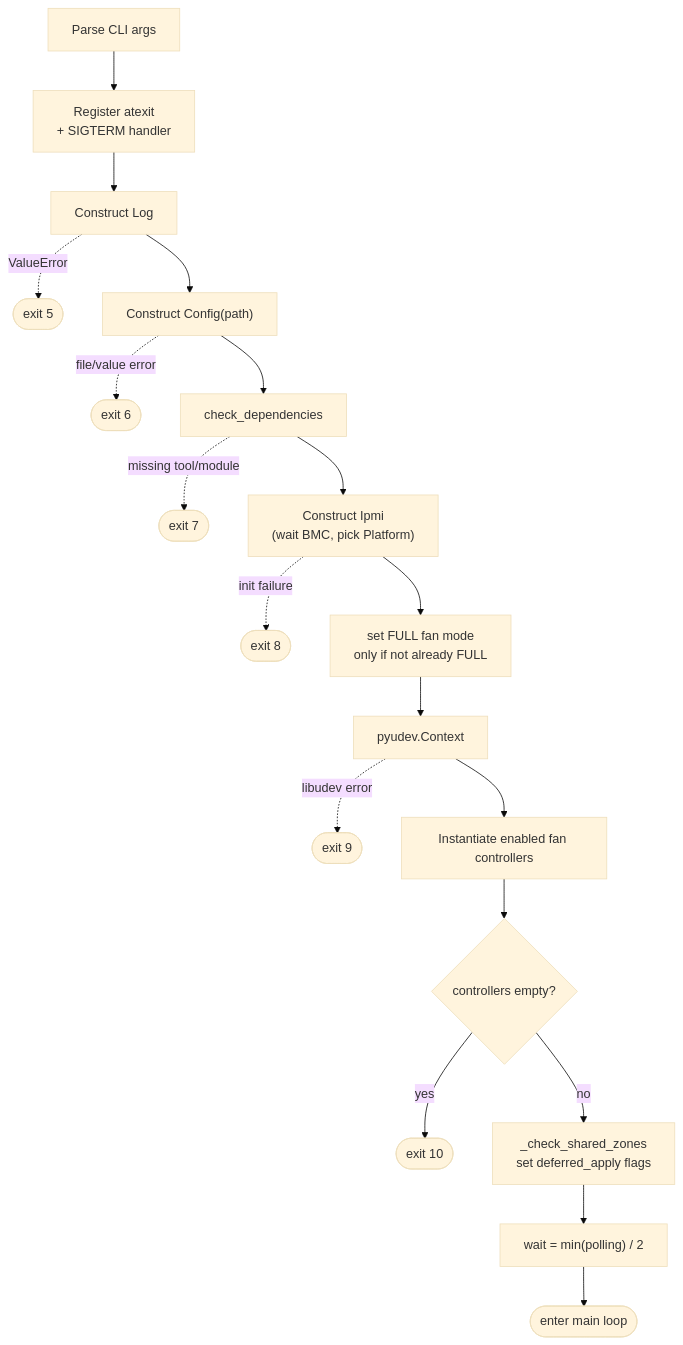
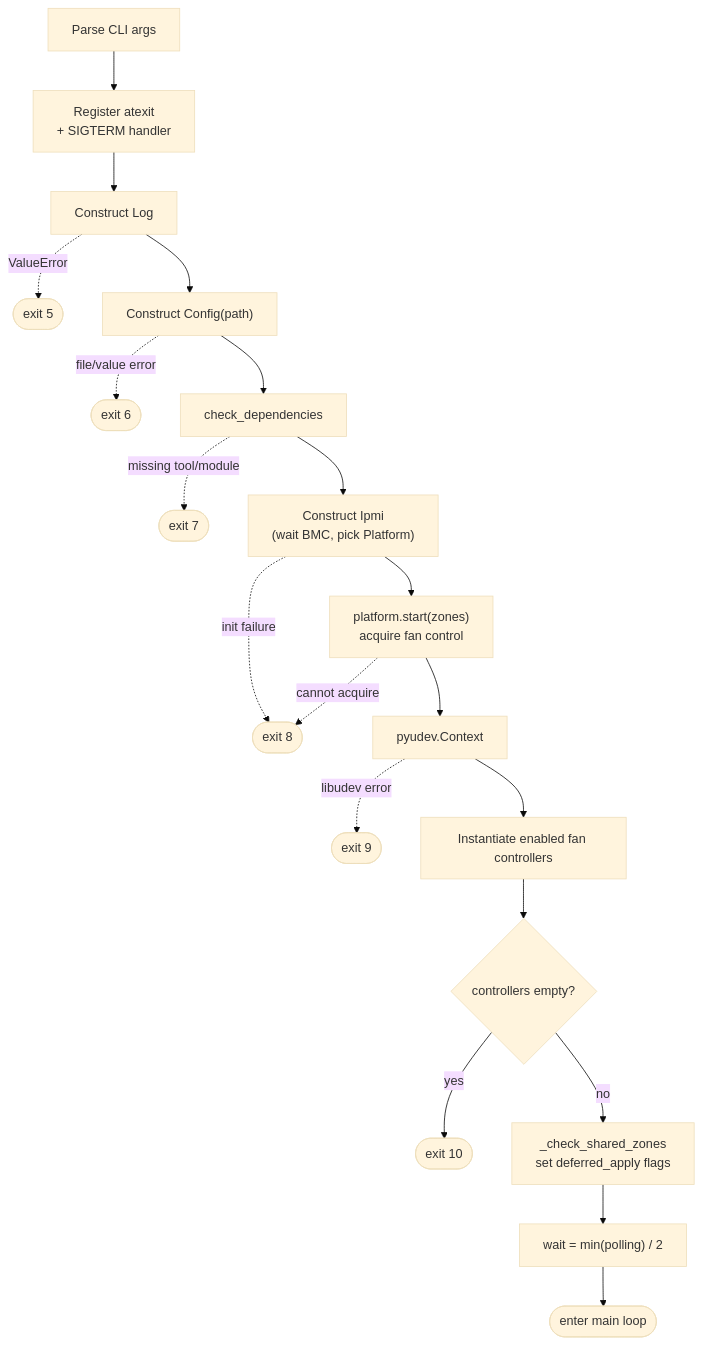
One commit to petersulyok/smfc changed the sixth of 11 diagrams in ARCHITECTURE.md. Above: the diagram before and after it, drawn with Mermaid (base theme). The commit also changed other lines of this file and 8 other files, not shown here.

First line of the commit message:
Changed: documentation and smoke tests updated for the X14 fan control fix

````diff
--- a/ARCHITECTURE.md
+++ b/ARCHITECTURE.md
@@ -672,21 +700,22 @@
 ```mermaid
 flowchart TD
     A[Parse CLI args] --> B["Register atexit<br/>+ SIGTERM handler"]
     B --> C[Construct Log]
     C -. "ValueError" .-> X5([exit 5])
     C --> D["Construct Config(path)"]
     D -. "file/value error" .-> X6([exit 6])
     D --> E[check_dependencies]
     E -. "missing tool/module" .-> X7([exit 7])
     E --> F["Construct Ipmi<br/>(wait BMC, pick Platform)"]
     F -. "init failure" .-> X8([exit 8])
-    F --> G["set FULL fan mode<br/>only if not already FULL"]
+    F --> G["platform.start(zones)<br/>acquire fan control"]
+    G -. "cannot acquire" .-> X8
     G --> H[pyudev.Context]
     H -. "libudev error" .-> X9([exit 9])
     H --> I[Instantiate enabled fan controllers]
     I --> J{controllers empty?}
     J -- yes --> X10([exit 10])
     J -- no --> K["_check_shared_zones<br/>set deferred_apply flags"]
     K --> L["wait = min(polling) / 2"]
     L --> M([enter main loop])
 ```
````
